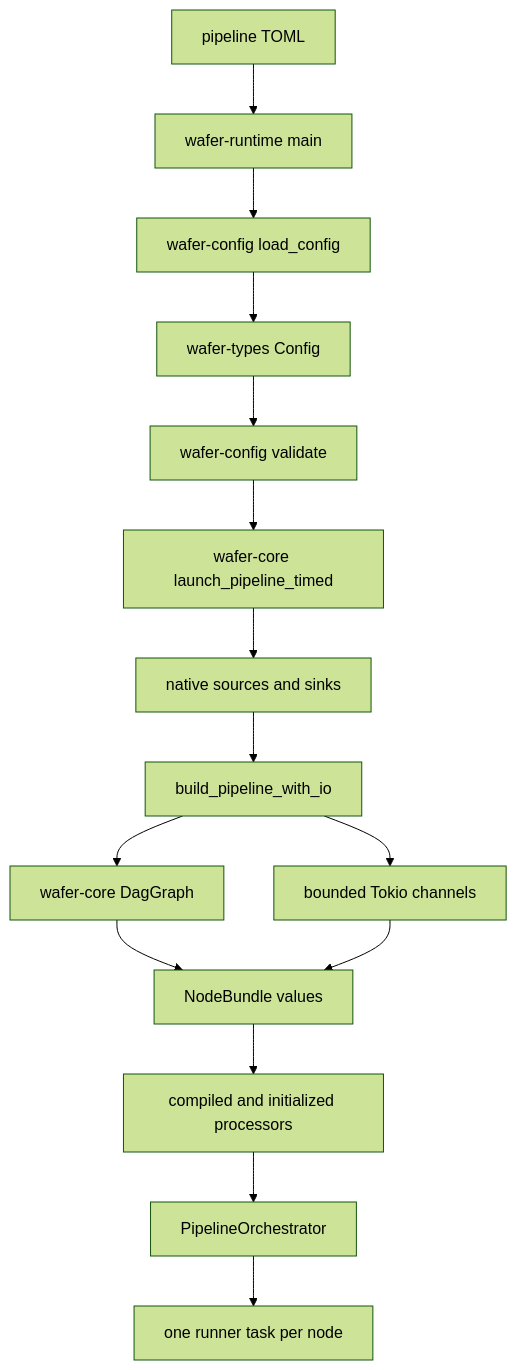
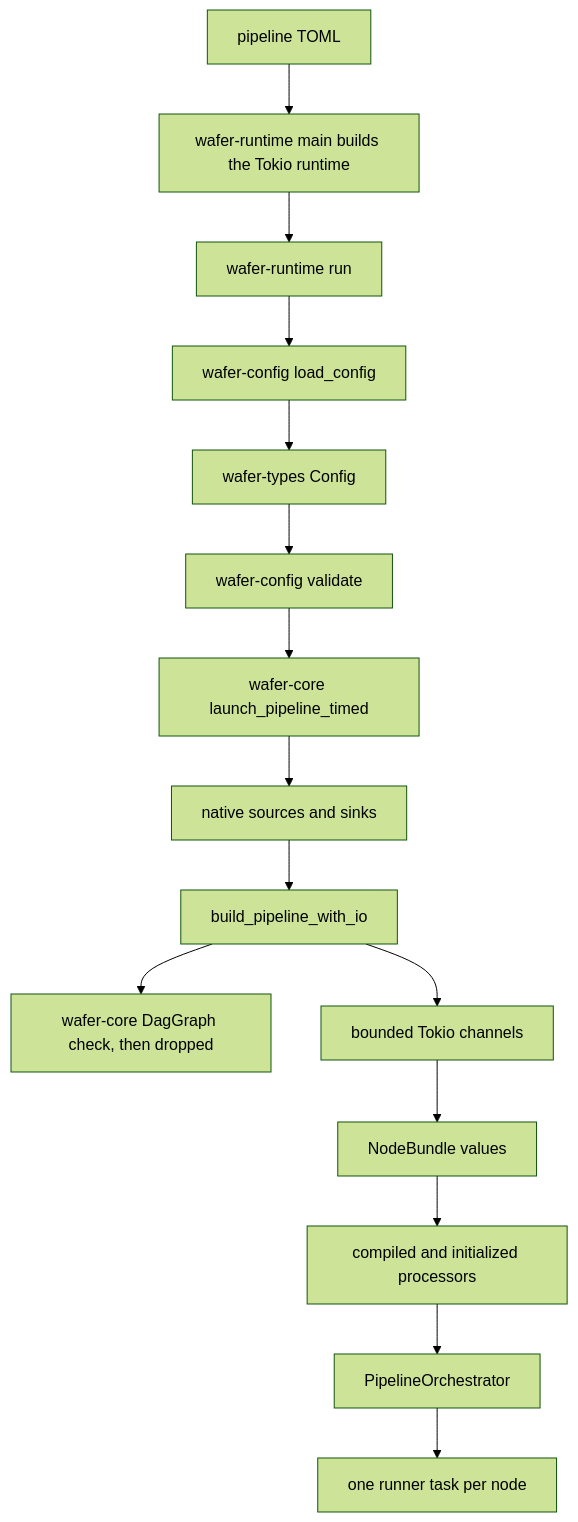
Before and after one commit to PedroKlein/wafer: the diagram in docs/learn/config-to-running-pipeline.md, drawn with Mermaid (forest theme). The commit also changed other lines of this file and 15 other files, not shown here.

````diff
--- a/docs/learn/config-to-running-pipeline.md
+++ b/docs/learn/config-to-running-pipeline.md
@@ -15,32 +15,33 @@
 ```mermaid
 flowchart TD
     file[pipeline TOML]
-    main[wafer-runtime main]
+    main[wafer-runtime main builds the Tokio runtime]
+    run[wafer-runtime run]
     loader[wafer-config load_config]
     model[wafer-types Config]
     validation[wafer-config validate]
     launch[wafer-core launch_pipeline_timed]
     adapters[native sources and sinks]
     builder[build_pipeline_with_io]
-    coreDag[wafer-core DagGraph]
+    coreDag[wafer-core DagGraph check, then dropped]
     queues[bounded Tokio channels]
     bundles[NodeBundle values]
     plugins[compiled and initialized processors]
     orchestrator[PipelineOrchestrator]
     tasks[one runner task per node]
 
     file --> main
-    main --> loader
+    main --> run
+    run --> loader
     loader --> model
     model --> validation
     validation --> launch
     launch --> adapters
     adapters --> builder
     builder --> coreDag
     builder --> queues
-    coreDag --> bundles
     queues --> bundles
     bundles --> plugins
     plugins --> orchestrator
     orchestrator --> tasks
 ```
````
